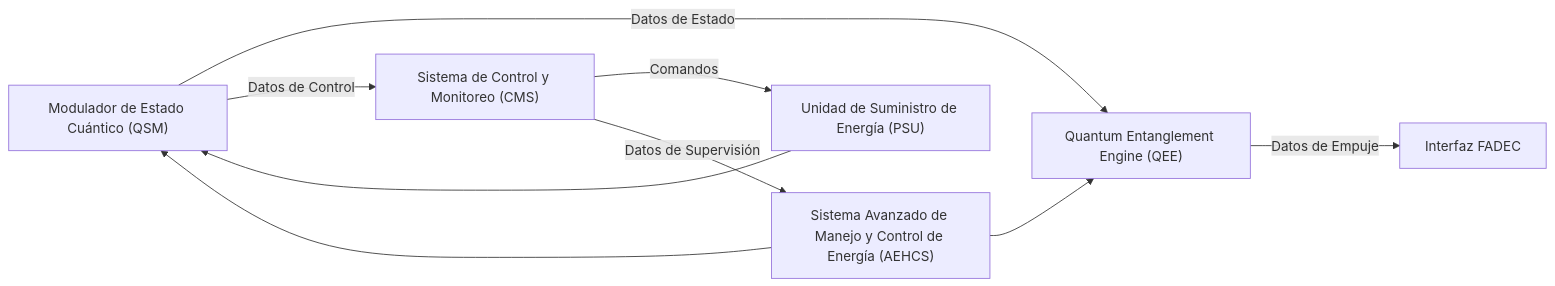
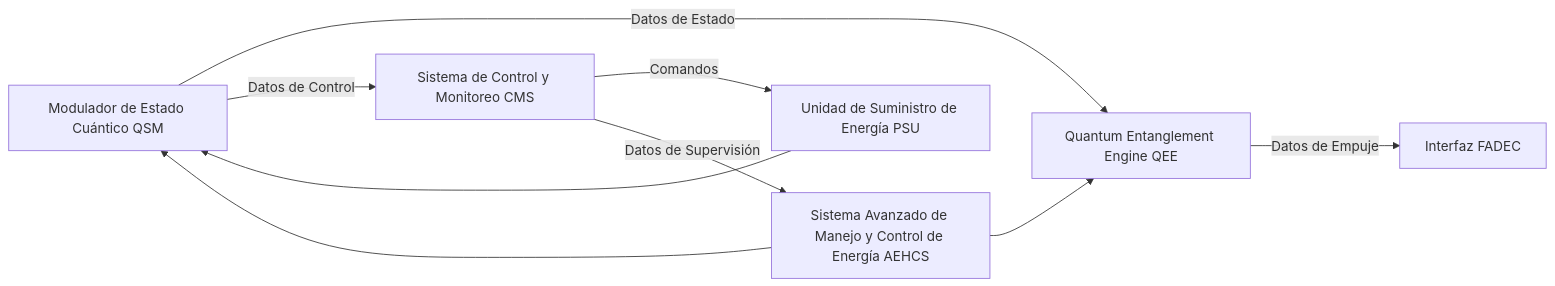
Before and after one commit to Robbbo-T/Ampel360XWLRGA: diagram 15 of 28 in FTC-71-00 QPS.md, drawn with Mermaid. The commit also changed other lines of this file, not shown here.

````diff
--- a/FTC-71-00 QPS.md
+++ b/FTC-71-00 QPS.md
@@ -1653,11 +1653,11 @@
 ```mermaid
 flowchart LR
-    QSM["Modulador de Estado Cuántico (QSM)"] -->|Datos de Estado| QEE["Quantum Entanglement Engine (QEE)"]
-    QSM -->|Datos de Control| CMS["Sistema de Control y Monitoreo (CMS)"]
+    QSM["Modulador de Estado Cuántico QSM"] -->|Datos de Estado| QEE["Quantum Entanglement Engine QEE"]
+    QSM -->|Datos de Control| CMS["Sistema de Control y Monitoreo CMS"]
     QEE -->|Datos de Empuje| FADEC["Interfaz FADEC"]
-    CMS -->|Comandos| PSU["Unidad de Suministro de Energía (PSU)"]
+    CMS -->|Comandos| PSU["Unidad de Suministro de Energía PSU"]
     PSU --> QSM
-    CMS -->|Datos de Supervisión| AEHCS["Sistema Avanzado de Manejo y Control de Energía (AEHCS)"]
+    CMS -->|Datos de Supervisión| AEHCS["Sistema Avanzado de Manejo y Control de Energía AEHCS"]
     AEHCS --> QSM
     AEHCS --> QEE
 ```
````
